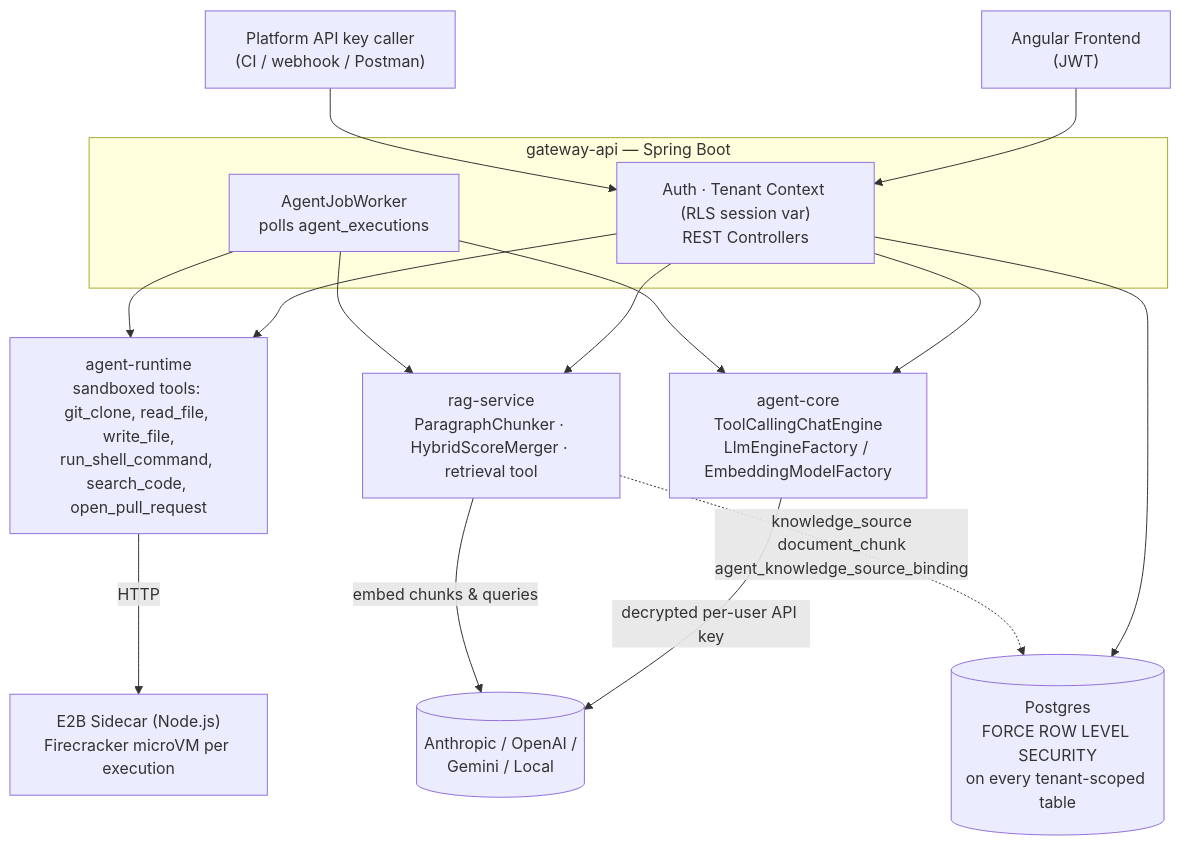
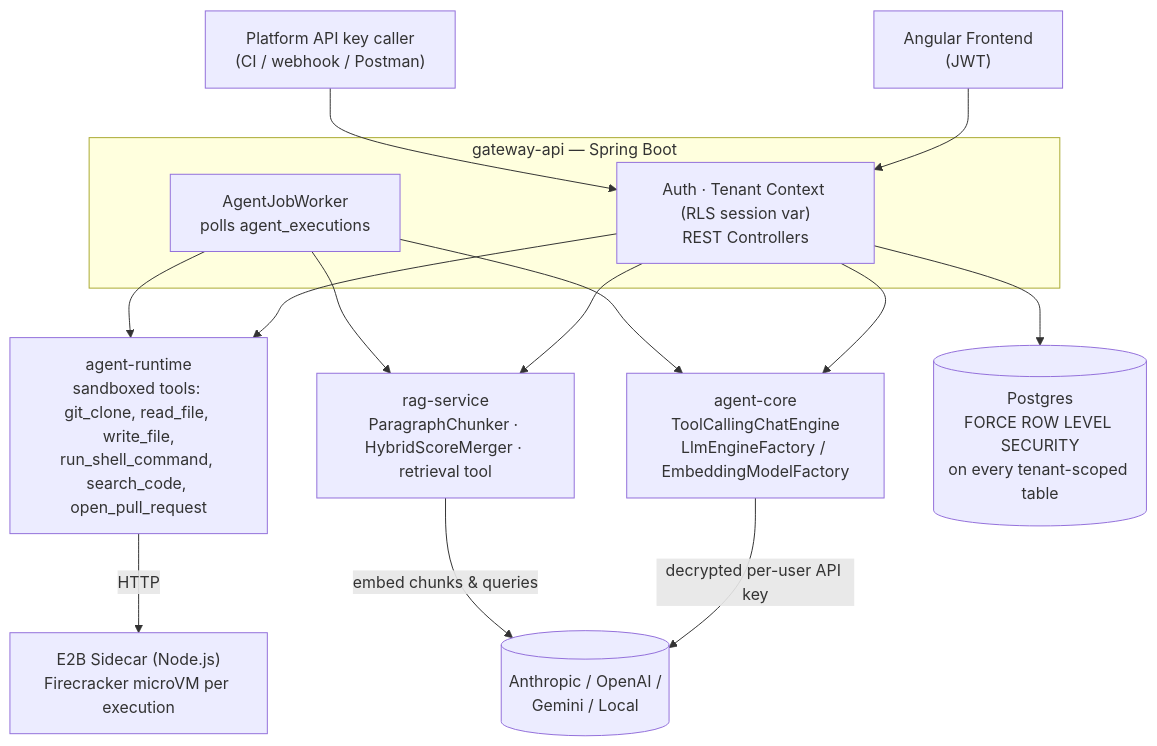
The first of 5 diagrams in README.md (pedes1999/enterprise-ai-agent-hub), drawn with Mermaid before and after one commit. The commit also changed other lines of this file and 21 other files, not shown here.

````diff
--- a/README.md
+++ b/README.md
@@ -58,27 +38,26 @@
 ```mermaid
 flowchart TB
     FE["Angular Frontend<br/>(JWT)"]
     API["Platform API key caller<br/>(CI / webhook / Postman)"]
 
     subgraph GWBOX["gateway-api — Spring Boot"]
         GW["Auth · Tenant Context (RLS session var)<br/>REST Controllers"]
         Worker["AgentJobWorker<br/>polls agent_executions"]
     end
 
     FE --> GW
     API --> GW
 
     GW --> Core["agent-core<br/>ToolCallingChatEngine<br/>LlmEngineFactory / EmbeddingModelFactory"]
     GW --> Runtime["agent-runtime<br/>sandboxed tools: git_clone, read_file, write_file,<br/>run_shell_command, search_code, open_pull_request"]
     GW --> Rag["rag-service<br/>ParagraphChunker · HybridScoreMerger · retrieval tool"]
     Worker --> Core
     Worker --> Runtime
     Worker --> Rag
 
     Runtime -->|HTTP| Sidecar["E2B Sidecar (Node.js)<br/>Firecracker microVM per execution"]
     Core -->|decrypted per-user API key| LLM[("Anthropic / OpenAI /<br/>Gemini / Local")]
     Rag -->|embed chunks & queries| LLM
 
     GW --> DB[("Postgres<br/>FORCE ROW LEVEL SECURITY<br/>on every tenant-scoped table")]
-    Rag -.->|knowledge_source<br/>document_chunk<br/>agent_knowledge_source_binding| DB
 ```
````
